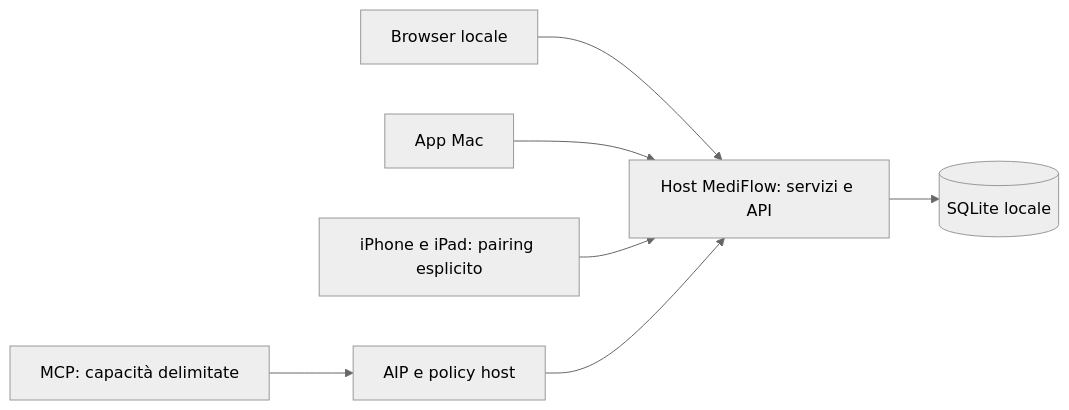
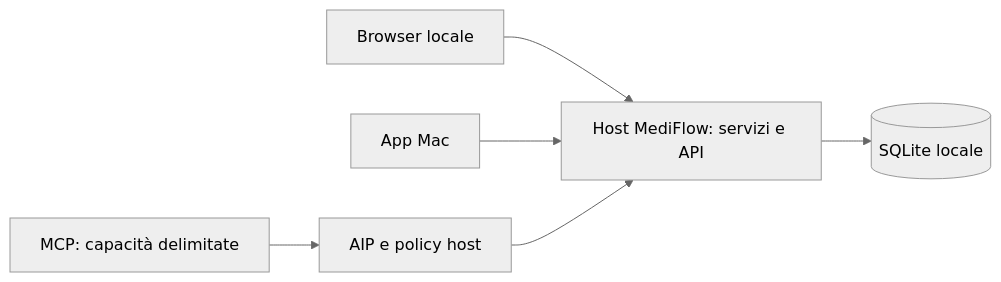
The diagram in README.md (Wulfgardr/mediflow), drawn with Mermaid (neutral theme) before and after one commit. The commit also changed other lines of this file and 1 other file, not shown here.

````diff
--- a/README.md
+++ b/README.md
@@ -168,9 +166,8 @@
 ```mermaid
 flowchart LR
     web[Browser locale] --> host[Host MediFlow: servizi e API]
     mac[App Mac] --> host
-    paired[iPhone e iPad: pairing esplicito] --> host
     host --> db[(SQLite locale)]
     mcp[MCP: capacità delimitate] --> broker[AIP e policy host]
     broker --> host
 ```
````
